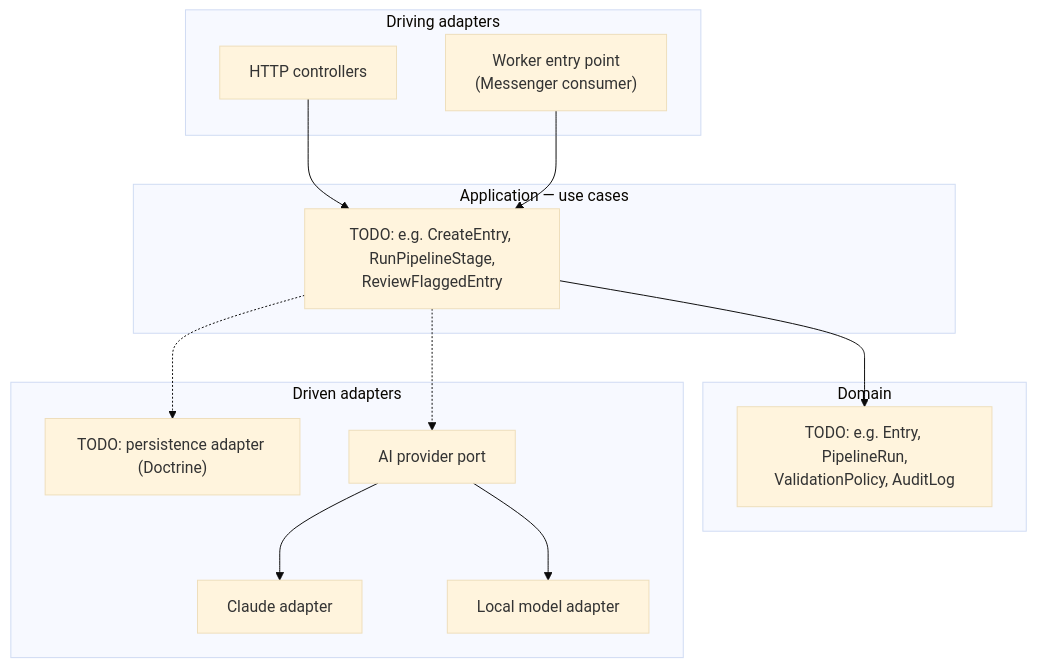
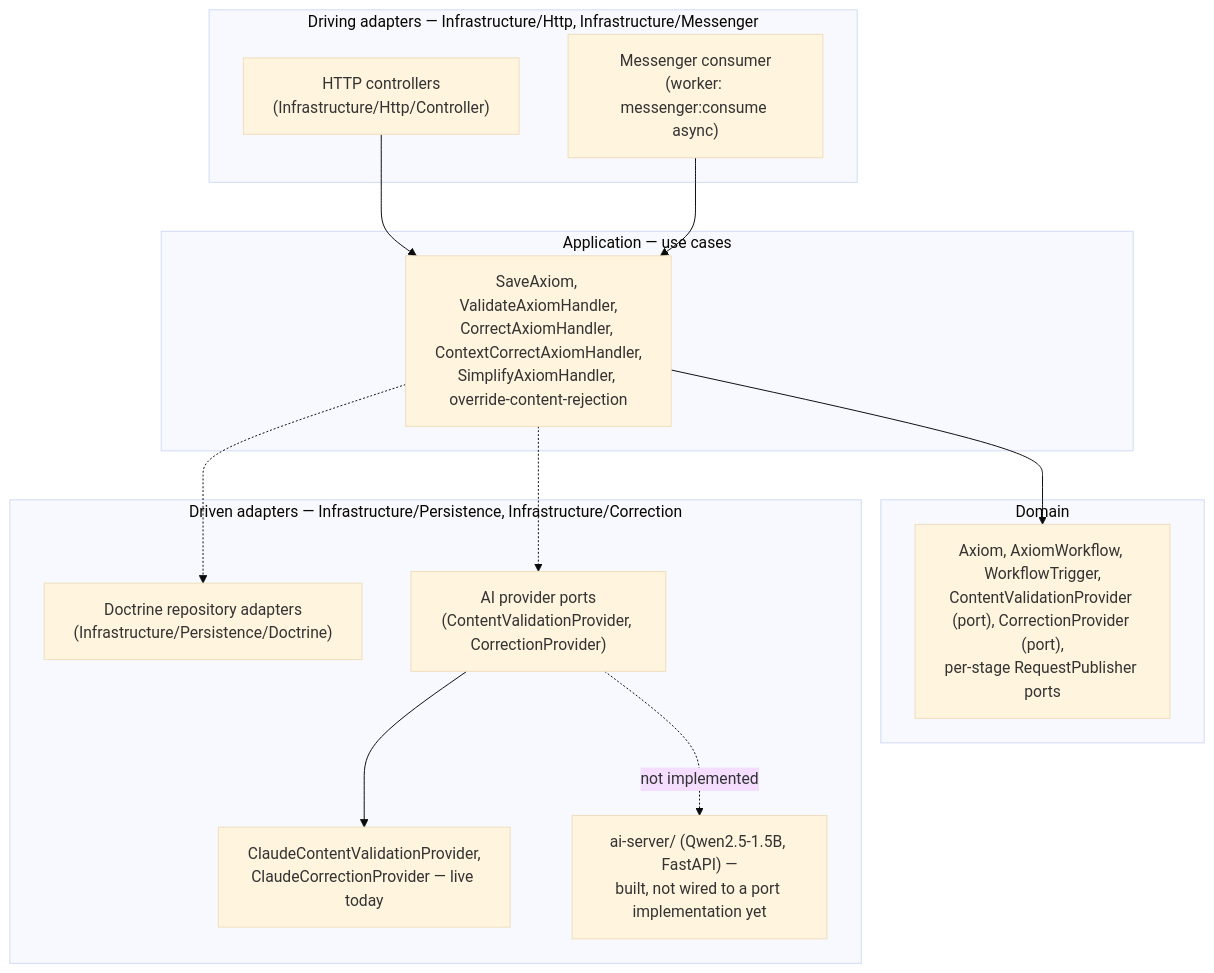
One commit to sharmilanAmpi/sutras-playbook changed the sixth of 7 diagrams in docs/architecture.md. Above: the diagram before and after it, drawn with Mermaid (base theme). The commit also changed other lines of this file and 10 other files, not shown here.

````diff
--- a/docs/architecture.md
+++ b/docs/architecture.md
@@ -124,26 +124,26 @@
 ```mermaid
 flowchart TB
-    subgraph Driving["Driving adapters"]
-        HTTP["HTTP controllers"]
-        CLI["Worker entry point\n(Messenger consumer)"]
+    subgraph Driving["Driving adapters — Infrastructure/Http, Infrastructure/Messenger"]
+        HTTP["HTTP controllers\n(Infrastructure/Http/Controller)"]
+        CLI["Messenger consumer\n(worker: messenger:consume async)"]
     end
     subgraph Application["Application — use cases"]
-        UC["TODO: e.g. CreateEntry, RunPipelineStage,\nReviewFlaggedEntry"]
+        UC["SaveAxiom, ValidateAxiomHandler,\nCorrectAxiomHandler, ContextCorrectAxiomHandler,\nSimplifyAxiomHandler, override-content-rejection"]
     end
     subgraph Domain["Domain"]
-        Dom["TODO: e.g. Entry, PipelineRun,\nValidationPolicy, AuditLog"]
+        Dom["Axiom, AxiomWorkflow, WorkflowTrigger,\nContentValidationProvider (port), CorrectionProvider (port),\nper-stage RequestPublisher ports"]
     end
-    subgraph Driven["Driven adapters"]
-        Repo["TODO: persistence adapter (Doctrine)"]
-        AIPort["AI provider port"]
-        Claude["Claude adapter"]
-        Local["Local model adapter"]
+    subgraph Driven["Driven adapters — Infrastructure/Persistence, Infrastructure/Correction"]
+        Repo["Doctrine repository adapters\n(Infrastructure/Persistence/Doctrine)"]
+        AIPort["AI provider ports\n(ContentValidationProvider, CorrectionProvider)"]
+        Claude["ClaudeContentValidationProvider,\nClaudeCorrectionProvider — live today"]
+        Local["ai-server/ (Qwen2.5-1.5B, FastAPI) —\nbuilt, not wired to a port implementation yet"]
     end
     HTTP --> UC
     CLI --> UC
     UC --> Dom
     UC -.-> Repo
     UC -.-> AIPort
     AIPort --> Claude
-    AIPort --> Local
+    AIPort -.->|not implemented| Local
 ```
````
